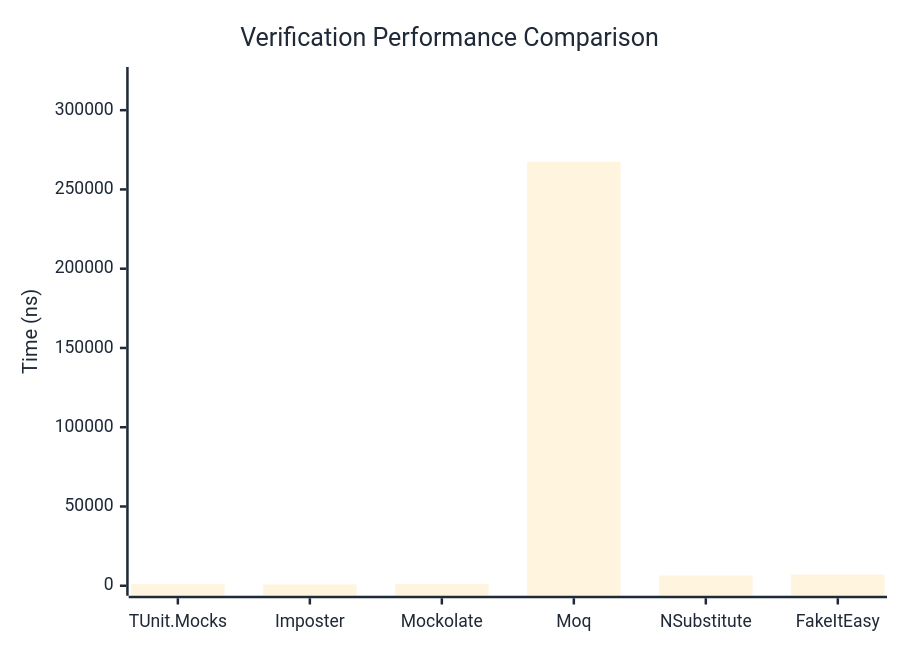
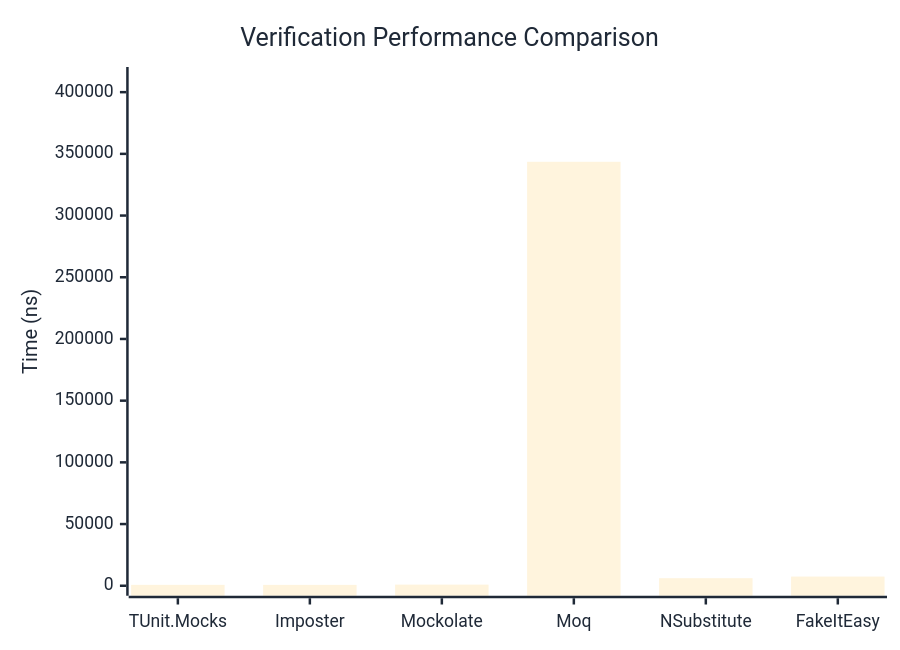
Before and after one commit to thomhurst/TUnit: the first of 3 diagrams in docs/docs/benchmarks/mocks/Verification.md, drawn with Mermaid. The commit also changed other lines of this file and 14 other files, not shown here.

````diff
--- a/docs/docs/benchmarks/mocks/Verification.md
+++ b/docs/docs/benchmarks/mocks/Verification.md
@@ -28,27 +28,27 @@
 ```mermaid
 %%{init: {
   'theme':'base',
   'themeVariables': {
     'primaryColor': '#2563eb',
     'primaryTextColor': '#1f2937',
     'primaryBorderColor': '#1e40af',
     'lineColor': '#6b7280',
     'secondaryColor': '#7c3aed',
     'tertiaryColor': '#dc2626',
     'background': '#ffffff',
     'pie1': '#2563eb',
     'pie2': '#7c3aed',
     'pie3': '#dc2626',
     'pie4': '#f59e0b',
     'pie5': '#10b981',
     'pie6': '#06b6d4',
     'pie7': '#ec4899',
     'pie8': '#6366f1'
   }
 }}%%
 xychart-beta
   title "Verification Performance Comparison"
   x-axis ["TUnit.Mocks", "Imposter", "Mockolate", "Moq", "NSubstitute", "FakeItEasy"]
-  y-axis "Time (ns)" 0 --> 320927
-  bar [922.6, 844.24, 1053.7, 267438.83, 6451.74, 7110.46]
+  y-axis "Time (ns)" 0 --> 412286
+  bar [729.07, 701.94, 921.45, 343571.12, 6132.88, 7438.86]
 ```
````
